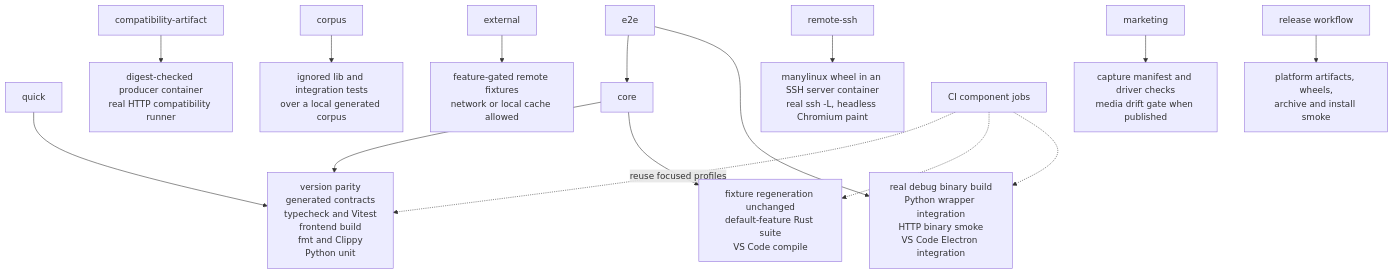
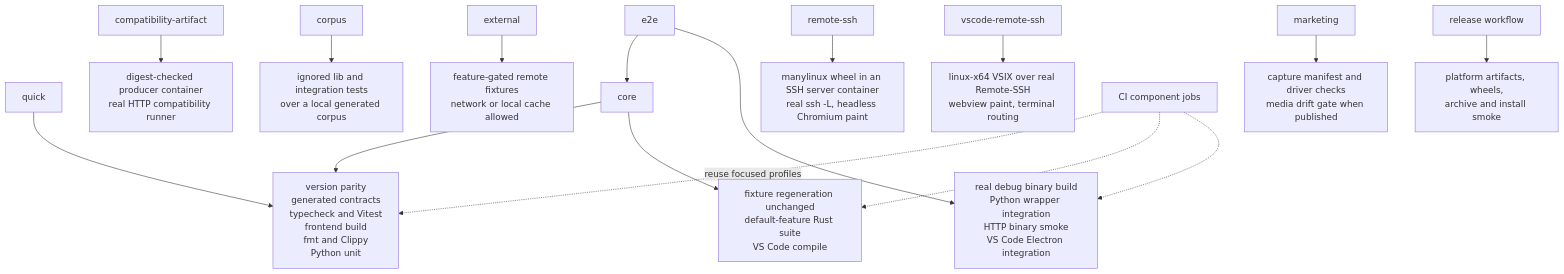
The third of 3 diagrams in docs/architecture.md (dcmview/dcmview), drawn with Mermaid before and after one commit. The commit also changed other lines of this file and 10 other files, not shown here.

First line of the commit message:
test(remote): drive VS Code over Remote-SSH against the shipped VSIX

````diff
--- a/docs/architecture.md
+++ b/docs/architecture.md
@@ -698,17 +698,18 @@
 ```mermaid
 flowchart TD
     quick["quick"] --> qlayers["version parity<br/>generated contracts<br/>typecheck and Vitest<br/>frontend build<br/>fmt and Clippy<br/>Python unit"]
     core["core"] --> qlayers
     core --> clayers["fixture regeneration unchanged<br/>default-feature Rust suite<br/>VS Code compile"]
     e2e["e2e"] --> core
     e2e --> elayers["real debug binary build<br/>Python wrapper integration<br/>HTTP binary smoke<br/>VS Code Electron integration"]
     artifact["compatibility-artifact"] --> alayers["digest-checked producer container<br/>real HTTP compatibility runner"]
     corpus["corpus"] --> players["ignored lib and integration tests<br/>over a local generated corpus"]
     external["external"] --> xlayers["feature-gated remote fixtures<br/>network or local cache allowed"]
     remote["remote-ssh"] --> slayers["manylinux wheel in an SSH server container<br/>real ssh -L, headless Chromium paint"]
+    vremote["vscode-remote-ssh"] --> vlayers["linux-x64 VSIX over real Remote-SSH<br/>webview paint, terminal routing"]
     marketing["marketing"] --> mlayers["capture manifest and driver checks<br/>media drift gate when published"]
     ci["CI component jobs"] -. "reuse focused profiles" .-> qlayers
     ci -.-> clayers
     ci -.-> elayers
     release["release workflow"] --> rlayers["platform artifacts, wheels,<br/>archive and install smoke"]
 ```
````
